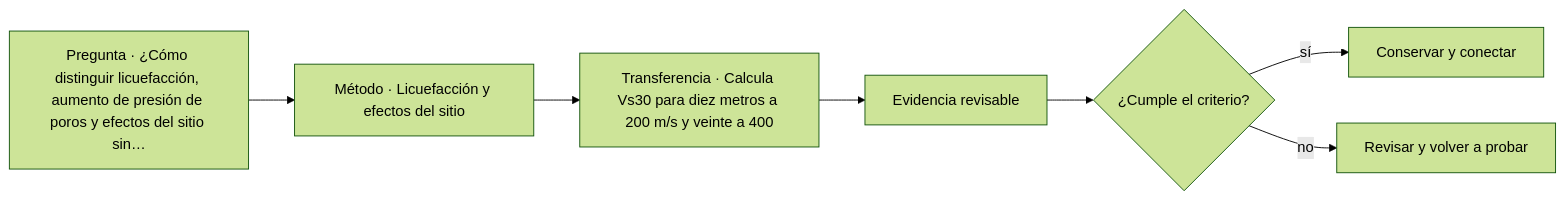
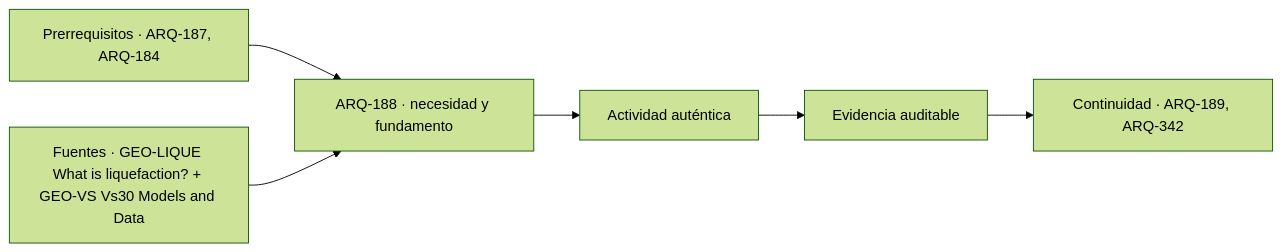
The diagram in classes/parte-19/ARQ-188.md (vladimiracunadev-create/architecture-built-environment-learning-program), drawn with Mermaid (forest theme) before and after one commit. The commit also changed other lines of this file and 761 other files, not shown here.

````diff
--- a/classes/parte-19/ARQ-188.md
+++ b/classes/parte-19/ARQ-188.md
@@ -115,9 +127,8 @@
 ```mermaid
 flowchart LR
-    Q["Pregunta · ¿Cómo distinguir licuefacción, aumento de presión de poros y efectos del sitio sin…"] --> M["Método · Licuefacción y efectos del sitio"]
-    M --> P["Transferencia · Calcula Vs30 para diez metros a 200 m/s y veinte a 400"]
-    P --> E["Evidencia revisable"]
-    E --> C{"¿Cumple el criterio?"}
-    C -->|sí| T["Conservar y conectar"]
-    C -->|no| R["Revisar y volver a probar"]
+    A["Prerrequisitos · ARQ-187, ARQ-184"] --> B["ARQ-188 · necesidad y fundamento"]
+    S["Fuentes · GEO-LIQUE What is liquefaction? + GEO-VS Vs30 Models and Data"] --> B
+    B --> C["Actividad auténtica"]
+    C --> D["Evidencia auditable"]
+    D --> E["Continuidad · ARQ-189, ARQ-342"]
 ```
````
